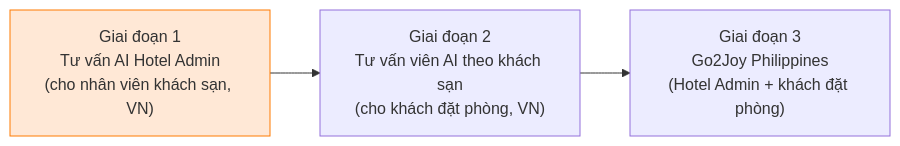
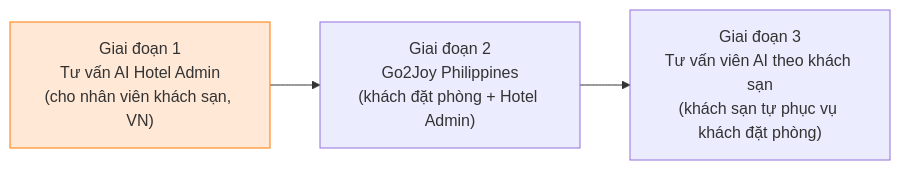
Before and after one commit to amoeba-group/btbz-sharp-talk: the first of 15 diagrams in apps/web/public/manual/go2joy/plan.vi.md, drawn with Mermaid. The commit also changed other lines of this file and 13 other files, not shown here.

````diff
--- a/apps/web/public/manual/go2joy/plan.vi.md
+++ b/apps/web/public/manual/go2joy/plan.vi.md
@@ -86,5 +88,5 @@
 ```mermaid
 flowchart LR
-  S1["Giai đoạn 1<br/>Tư vấn AI Hotel Admin<br/>(cho nhân viên khách sạn, VN)"] --> S2["Giai đoạn 2<br/>Tư vấn viên AI theo khách sạn<br/>(cho khách đặt phòng, VN)"] --> S3["Giai đoạn 3<br/>Go2Joy Philippines<br/>(Hotel Admin + khách đặt phòng)"]
+  S1["Giai đoạn 1<br/>Tư vấn AI Hotel Admin<br/>(cho nhân viên khách sạn, VN)"] --> S2["Giai đoạn 2<br/>Go2Joy Philippines<br/>(khách đặt phòng + Hotel Admin)"] --> S3["Giai đoạn 3<br/>Tư vấn viên AI theo khách sạn<br/>(khách sạn tự phục vụ khách đặt phòng)"]
   style S1 fill:#ffe8d6,stroke:#ff7a00
 ```
````
